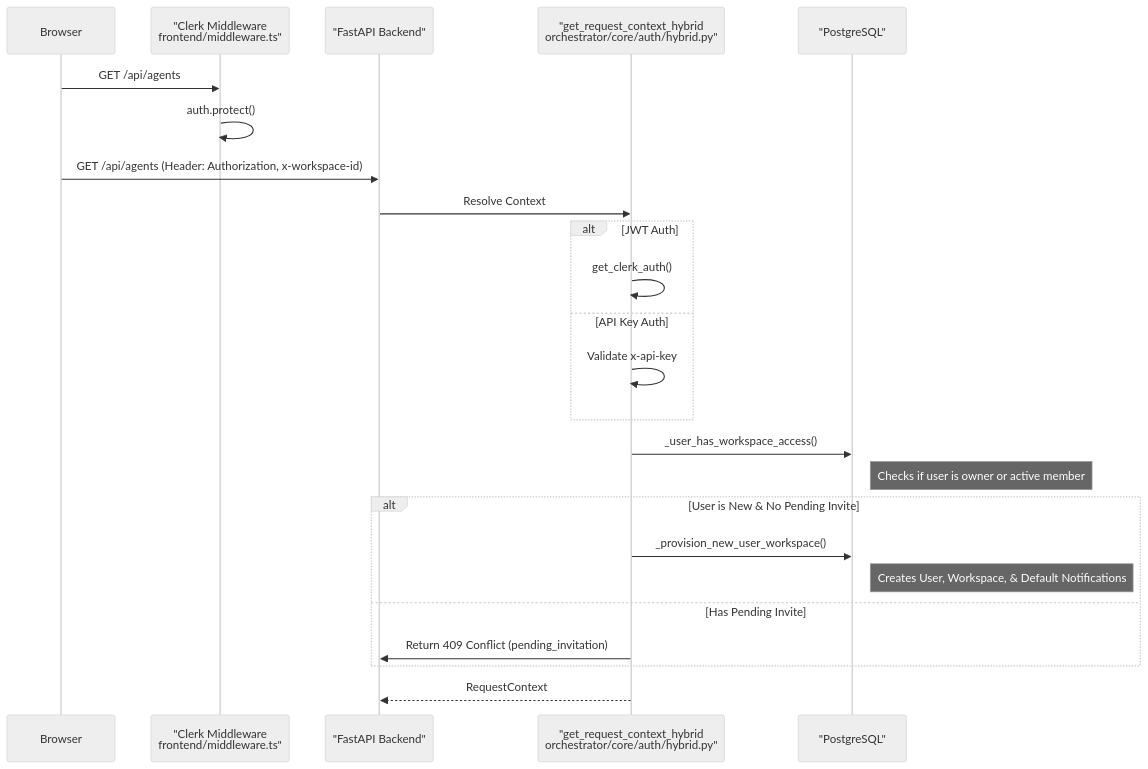
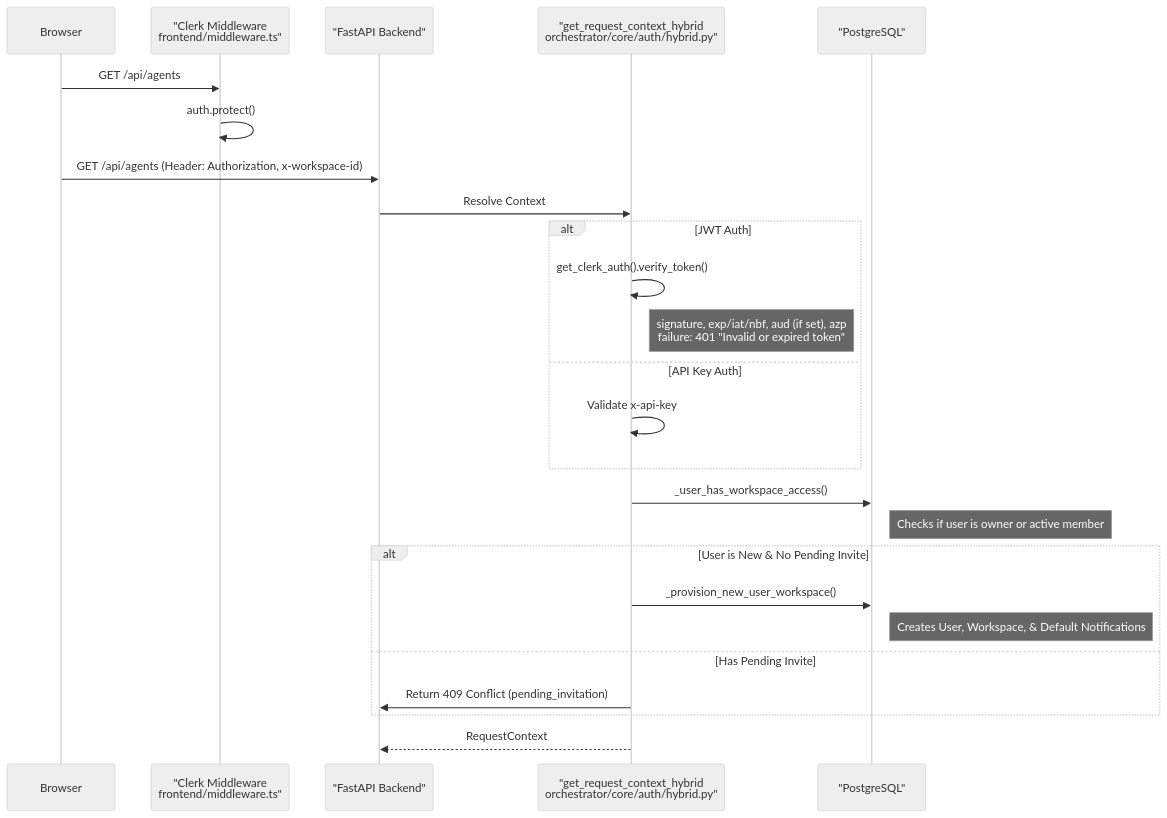
Before and after one commit to AutomatosAI/automatos-ai: the second of 2 diagrams in docs/authentication-multi-tenancy/authentication-flow.md, drawn with Mermaid (neutral theme). The commit also changed other lines of this file and 4 other files, not shown here.

Commit message:
docs(auth): the Clerk azp check: CLERK_AUTHORIZED_PARTIES, CLERK_AZP_REQUIRED and Automatos Go's mobile template

````diff
--- a/docs/authentication-multi-tenancy/authentication-flow.md
+++ b/docs/authentication-multi-tenancy/authentication-flow.md
@@ -143,32 +165,33 @@
 ```mermaid
 sequenceDiagram
     participant Browser
     participant Middleware as "Clerk Middleware<br/>frontend/middleware.ts"
     participant Backend as "FastAPI Backend"
     participant HybridAuth as "get_request_context_hybrid<br/>orchestrator/core/auth/hybrid.py"
     participant DB as "PostgreSQL"
     
     Browser->>Middleware: GET /api/agents
     Middleware->>Middleware: auth.protect()
     
     Browser->>Backend: GET /api/agents (Header: Authorization, x-workspace-id)
     Backend->>HybridAuth: Resolve Context
     
     alt JWT Auth
-        HybridAuth->>HybridAuth: get_clerk_auth()
+        HybridAuth->>HybridAuth: get_clerk_auth().verify_token()
+        Note right of HybridAuth: signature, exp/iat/nbf, aud (if set), azp<br/>failure: 401 "Invalid or expired token"
     else API Key Auth
         HybridAuth->>HybridAuth: Validate x-api-key
     end
     
     HybridAuth->>DB: _user_has_workspace_access()
     Note right of DB: Checks if user is owner or active member
     
     alt User is New & No Pending Invite
         HybridAuth->>DB: _provision_new_user_workspace()
         Note right of DB: Creates User, Workspace, & Default Notifications
     else Has Pending Invite
         HybridAuth->>Backend: Return 409 Conflict (pending_invitation)
     end
     
     HybridAuth-->>Backend: RequestContext
 ```
````
